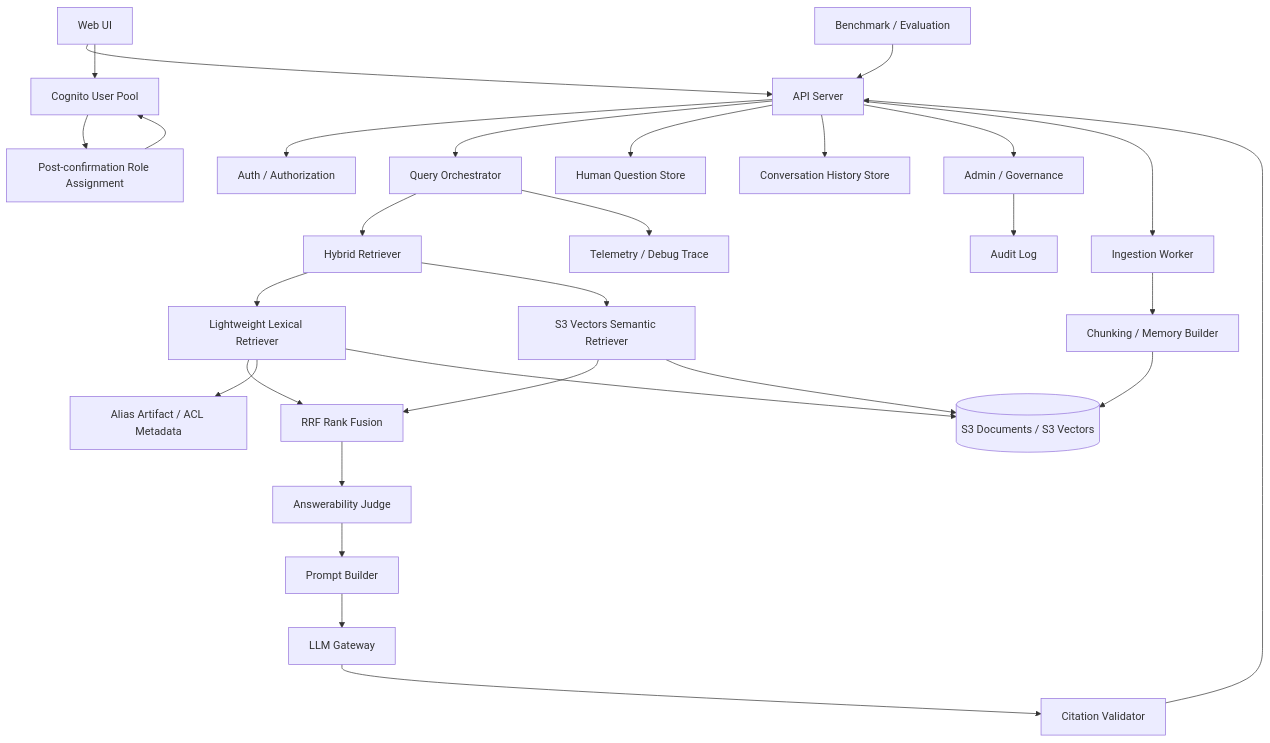
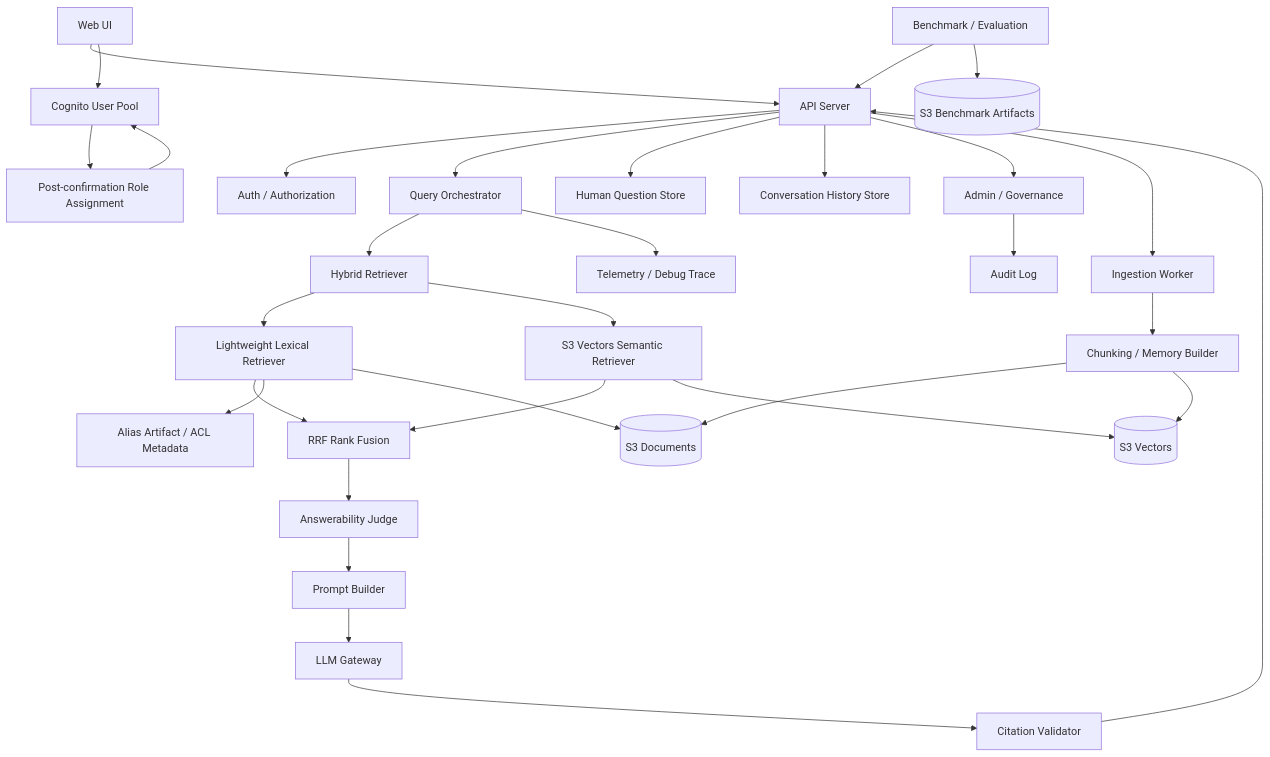
Before and after one commit to tsuji-tomonori/rag-assist: the first of 2 diagrams in memorag-bedrock-mvp/docs/2_アーキテクチャ_ARC/11_ビュー_VIEW/ARC_VIEW_001.md, drawn with Mermaid. The commit also changed other lines of this file and 2 other files, not shown here.

Commit message:
📝 docs(architecture): PR101レビュー指摘を反映
- Context 図から Operator の Trace 直接参照を除き、Web/API 経由の経路へ修正

- View の論理図と構成要素表で S3 Documents、S3 Vectors、S3 Benchmark Artifacts の責務を分離

- レビュー対応レポートを追加し、git diff --check と pre-commit run --files の通過を記録

````diff
--- a/memorag-bedrock-mvp/docs/2_アーキテクチャ_ARC/11_ビュー_VIEW/ARC_VIEW_001.md
+++ b/memorag-bedrock-mvp/docs/2_アーキテクチャ_ARC/11_ビュー_VIEW/ARC_VIEW_001.md
@@ -31,56 +31,60 @@
 ```mermaid
 flowchart TB
   Web[Web UI]
   Cognito[Cognito User Pool]
   SignupRole[Post-confirmation Role Assignment]
   Api[API Server]
   Auth[Auth / Authorization]
   Orchestrator[Query Orchestrator]
   Retriever[Hybrid Retriever]
   Lexical[Lightweight Lexical Retriever]
   Semantic[S3 Vectors Semantic Retriever]
   Fusion[RRF Rank Fusion]
   Judge[Answerability Judge]
   Prompt[Prompt Builder]
   Llm[LLM Gateway]
   Citation[Citation Validator]
   Eval[Benchmark / Evaluation]
   Trace[Telemetry / Debug Trace]
   Questions[Human Question Store]
   History[Conversation History Store]
   Admin[Admin / Governance]
   Alias[Alias Artifact / ACL Metadata]
   Audit[Audit Log]
   Ingest[Ingestion Worker]
   Chunk[Chunking / Memory Builder]
-  Store[(S3 Documents / S3 Vectors)]
+  DocStore[(S3 Documents)]
+  VectorStore[(S3 Vectors)]
+  BenchmarkArtifacts[(S3 Benchmark Artifacts)]
 
   Web --> Api
   Web --> Cognito
   Cognito --> SignupRole
   SignupRole --> Cognito
   Api --> Auth
   Api --> Orchestrator
   Orchestrator --> Retriever
   Retriever --> Lexical
   Retriever --> Semantic
   Lexical --> Fusion
   Semantic --> Fusion
   Fusion --> Judge
   Judge --> Prompt
   Prompt --> Llm
   Llm --> Citation
   Citation --> Api
   Orchestrator --> Trace
   Api --> Questions
   Api --> History
   Api --> Admin
   Admin --> Audit
   Eval --> Api
+  Eval --> BenchmarkArtifacts
   Api --> Ingest
   Ingest --> Chunk
-  Chunk --> Store
+  Chunk --> DocStore
+  Chunk --> VectorStore
   Lexical --> Alias
-  Lexical --> Store
-  Semantic --> Store
+  Lexical --> DocStore
+  Semantic --> VectorStore
 ```
````
